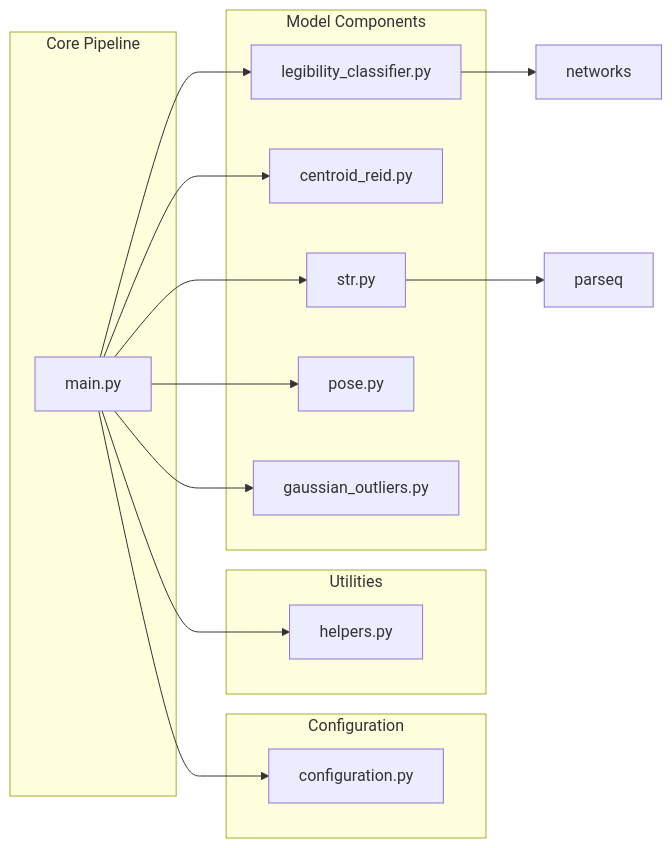
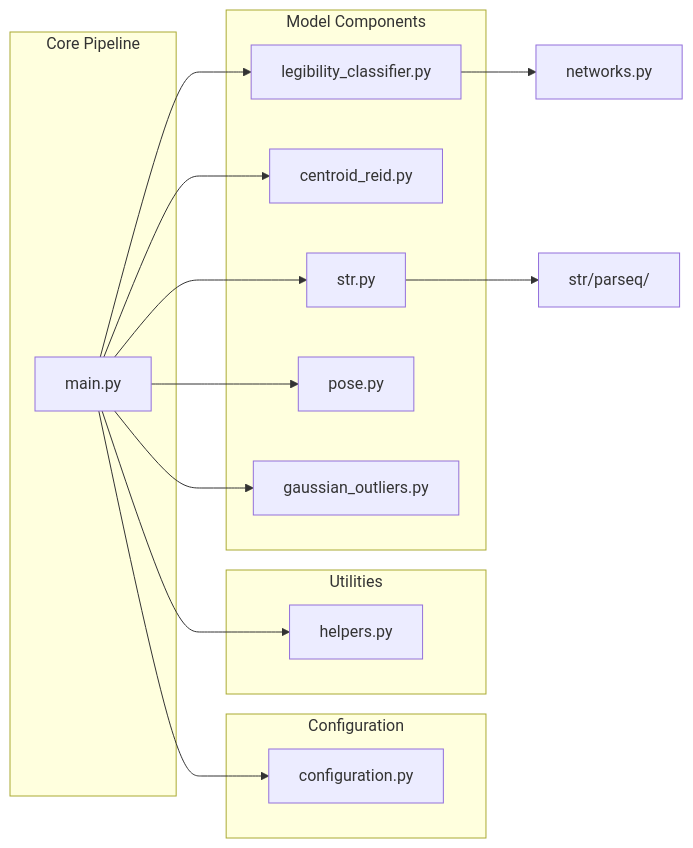
The second of 2 diagrams in docs/ARCHITECTURE.md (carsonbennett1/Jersey-Number-Recognition-Project), drawn with Mermaid before and after one commit. The commit also changed other lines of this file and 3 other files, not shown here.

````diff
--- a/docs/ARCHITECTURE.md
+++ b/docs/ARCHITECTURE.md
@@ -60,32 +122,35 @@
 ```mermaid
 flowchart LR
     subgraph Core [Core Pipeline]
         main[main.py]
     end
 
     subgraph Config [Configuration]
         config[configuration.py]
     end
 
     subgraph Utils [Utilities]
         helpers[helpers.py]
     end
 
     subgraph Models [Model Components]
         lc[legibility_classifier.py]
         reid[centroid_reid.py]
         str_module[str.py]
         pose[pose.py]
         gauss[gaussian_outliers.py]
     end
 
+    networks[networks.py]
+    parseq[str/parseq/]
+
     main --> config
     main --> helpers
     main --> lc
     main --> reid
     main --> str_module
     main --> pose
     main --> gauss
     lc --> networks
     str_module --> parseq
 ```
````
